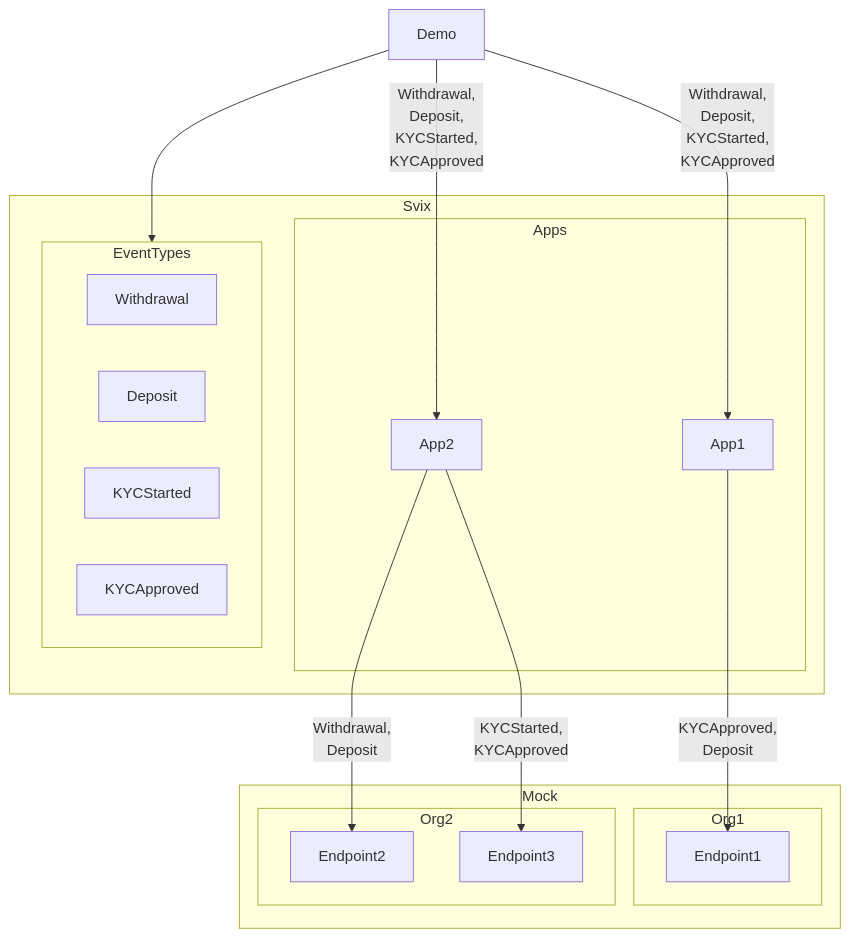
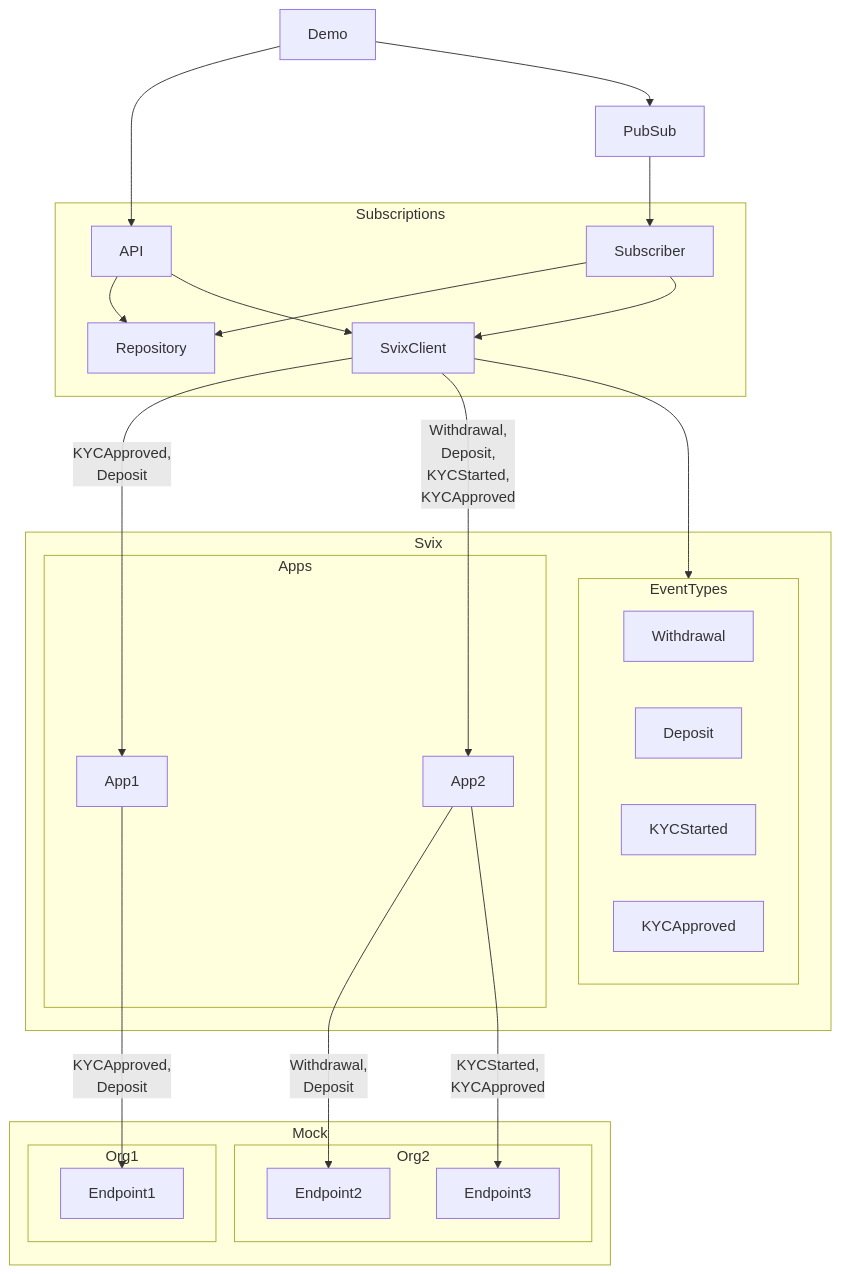
One commit to andrestielau/svix-poc changed the diagram in README.md. Above: the diagram before and after it, drawn with Mermaid. The commit also changed other lines of this file and 132 other files, not shown here.

````diff
--- a/README.md
+++ b/README.md
@@ -8,32 +8,45 @@
 ```mermaid
 graph TD
     subgraph Mock
         subgraph Org1
             Endpoint1
         end
         subgraph Org2
             Endpoint2
             Endpoint3
         end
     end
     subgraph Svix
         subgraph Apps
             App1
             App2
         end
         subgraph EventTypes
             direction LR
             Withdrawal
             Deposit
             KYCStarted
             KYCApproved
         end
     end
+    subgraph Subscriptions
+      SA[API]
+      SS[Subscriber]
+      SR[Repository]
+      SvixClient
+    end
     App1 -- "KYCApproved,\nDeposit" --> Endpoint1
     App2 -- "Withdrawal,\nDeposit" --> Endpoint2
     App2 -- "KYCStarted,\nKYCApproved" --> Endpoint3
-    Demo -- "Withdrawal,\nDeposit,\nKYCStarted,\nKYCApproved" --> App1
-    Demo -- "Withdrawal,\nDeposit,\nKYCStarted,\nKYCApproved" --> App2
-    Demo --> EventTypes
+    SvixClient -- "KYCApproved,\nDeposit" --> App1
+    SvixClient -- "Withdrawal,\nDeposit,\nKYCStarted,\nKYCApproved" --> App2
+    SvixClient --> EventTypes
+    Demo --> SA
+    SA --> SR
+    PubSub --> SS
+    SS --> SR
+    SS --> SvixClient
+    SA --> SvixClient
+    Demo --> PubSub
 
 ```
````
